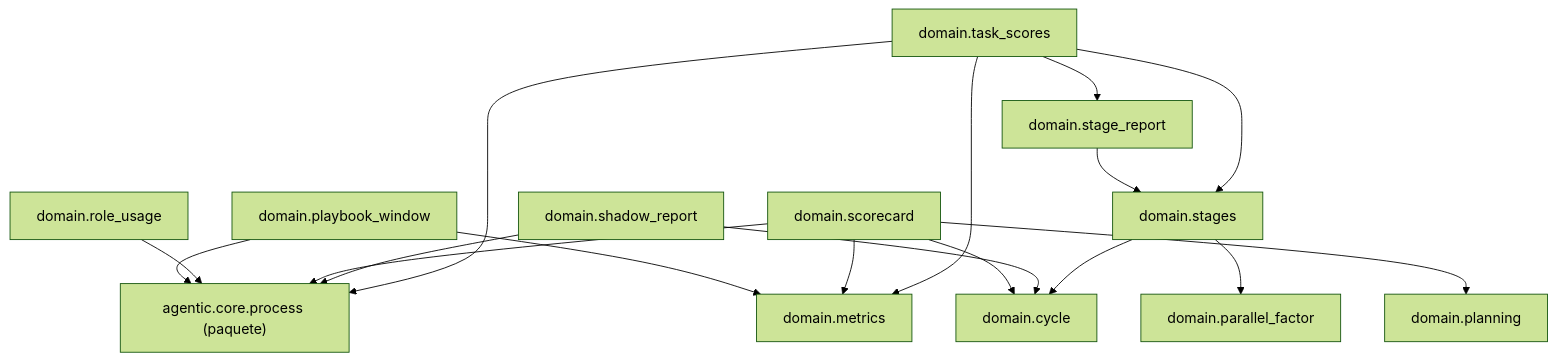
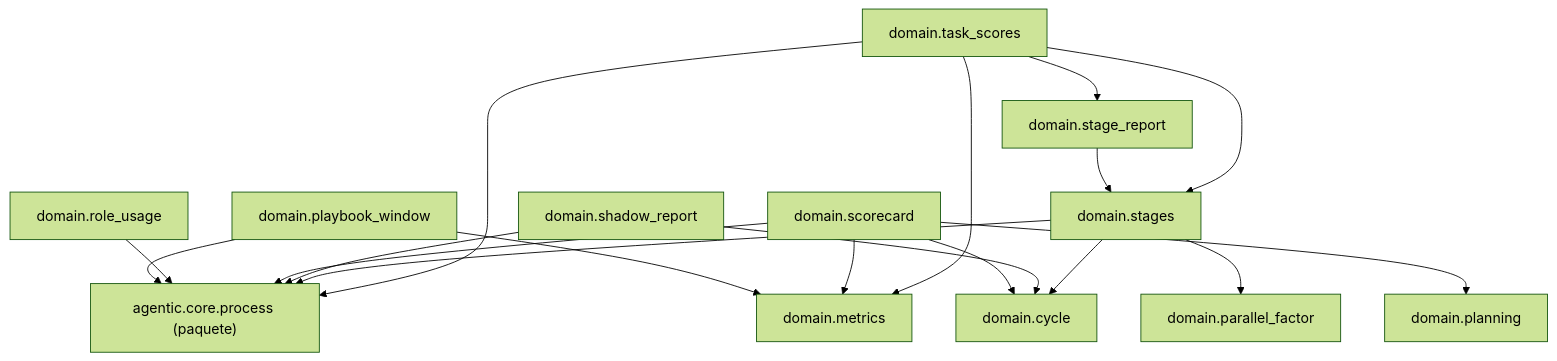
One commit to GonzaloZevallos/agentic-system changed the diagram in docs/architecture/generated/packages-measurement-domain-2.md. Above: the diagram before and after it, drawn with Mermaid (forest theme). The commit also changed 38 other files, not shown here.

````diff
--- a/docs/architecture/generated/packages-measurement-domain-2.md
+++ b/docs/architecture/generated/packages-measurement-domain-2.md
@@ -9,31 +9,32 @@
 ```mermaid
 graph TD
     g_pkg__agentic__core__process["agentic.core.process (paquete)"]
     m_domain__cycle["domain.cycle"]
     m_domain__metrics["domain.metrics"]
     m_domain__parallel_factor["domain.parallel_factor"]
     m_domain__planning["domain.planning"]
     m_domain__playbook_window["domain.playbook_window"]
     m_domain__role_usage["domain.role_usage"]
     m_domain__scorecard["domain.scorecard"]
     m_domain__shadow_report["domain.shadow_report"]
     m_domain__stage_report["domain.stage_report"]
     m_domain__stages["domain.stages"]
     m_domain__task_scores["domain.task_scores"]
     m_domain__playbook_window --> g_pkg__agentic__core__process
     m_domain__playbook_window --> m_domain__metrics
     m_domain__role_usage --> g_pkg__agentic__core__process
     m_domain__scorecard --> g_pkg__agentic__core__process
     m_domain__scorecard --> m_domain__cycle
     m_domain__scorecard --> m_domain__metrics
     m_domain__scorecard --> m_domain__planning
     m_domain__shadow_report --> g_pkg__agentic__core__process
     m_domain__shadow_report --> m_domain__cycle
     m_domain__stage_report --> m_domain__stages
+    m_domain__stages --> g_pkg__agentic__core__process
     m_domain__stages --> m_domain__cycle
     m_domain__stages --> m_domain__parallel_factor
     m_domain__task_scores --> g_pkg__agentic__core__process
     m_domain__task_scores --> m_domain__metrics
     m_domain__task_scores --> m_domain__stage_report
     m_domain__task_scores --> m_domain__stages
 ```
````
